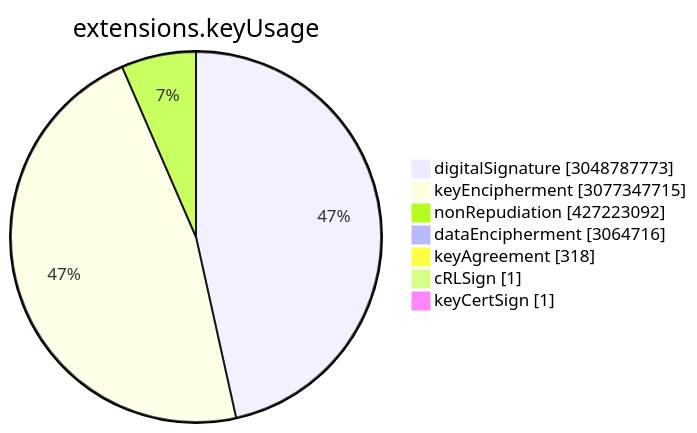
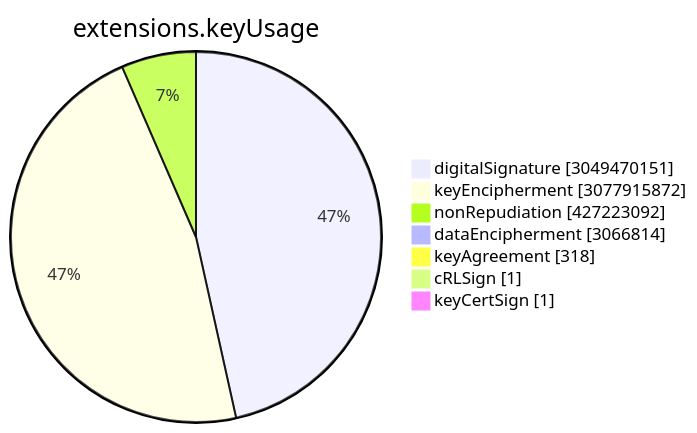
Before and after one commit to christiankrug/ctmonitor_visualization: the sixth of 15 diagrams in TOTAL/README.md, drawn with Mermaid. The commit also changed other lines of this file, not shown here.

````diff
--- a/TOTAL/README.md
+++ b/TOTAL/README.md
@@ -3075,11 +3075,11 @@
 ```mermaid
 pie showData
 title extensions.keyUsage
-"digitalSignature" :3048787773
-"keyEncipherment" :3077347715
+"digitalSignature" :3049470151
+"keyEncipherment" :3077915872
 "nonRepudiation" :427223092
-"dataEncipherment" :3064716
+"dataEncipherment" :3066814
 "keyAgreement" :318
 "cRLSign" :1
 "keyCertSign" :1
 ```
````
